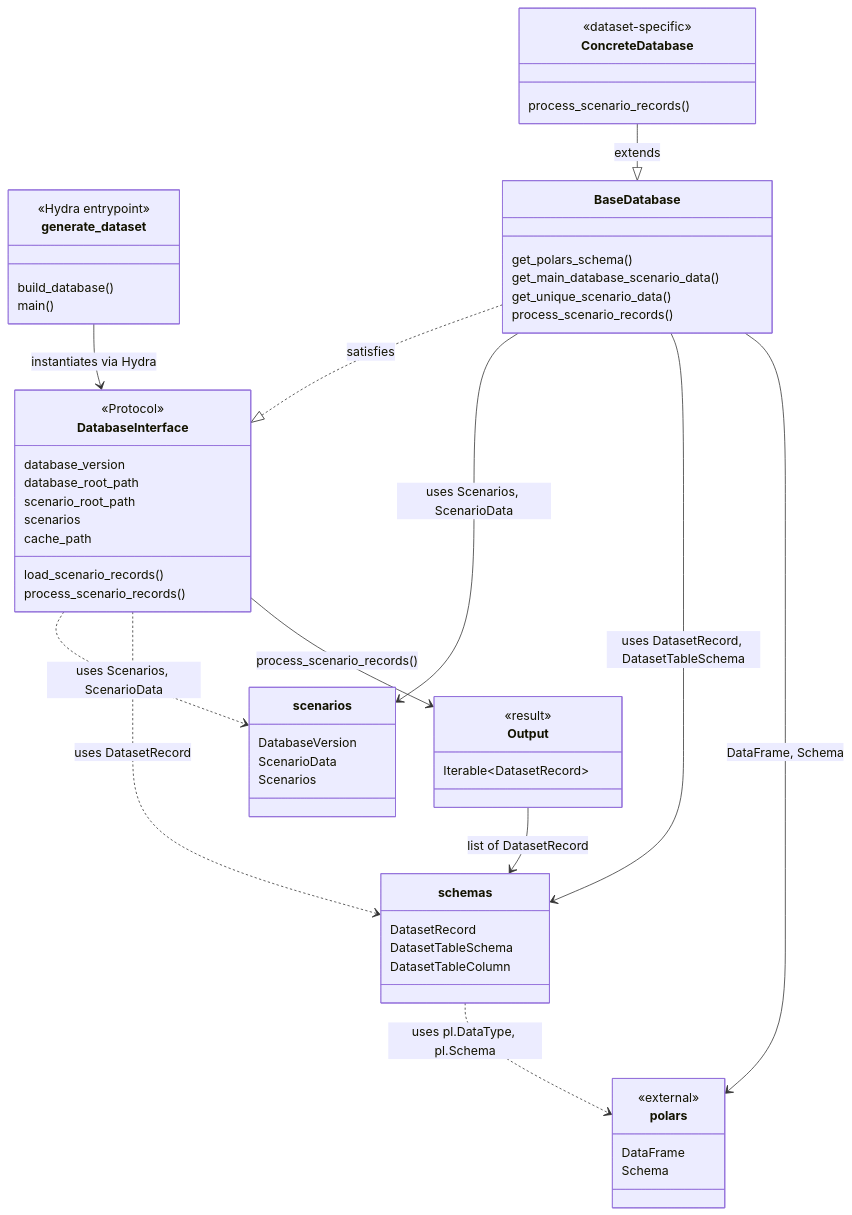
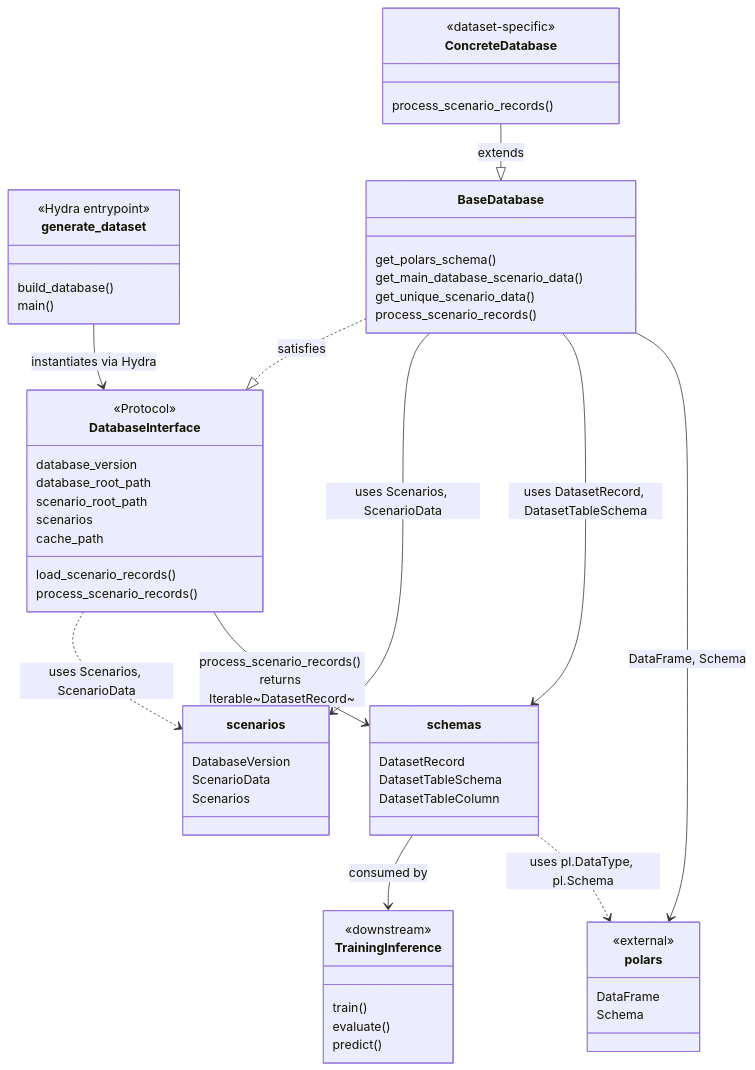
One commit to tier4/autoware-ml changed the diagram in autoware_ml/databases/README.md. Above: the diagram before and after it, drawn with Mermaid.

````diff
--- a/autoware_ml/databases/README.md
+++ b/autoware_ml/databases/README.md
@@ -19,73 +19,74 @@
 ```mermaid
 classDiagram
     direction TB
 
     class generate_dataset {
         <<Hydra entrypoint>>
         build_database()
         main()
     }
 
     class DatabaseInterface {
         <<Protocol>>
         database_version
         database_root_path
         scenario_root_path
         scenarios
         cache_path
         load_scenario_records()
         process_scenario_records()
     }
 
     class BaseDatabase {
         get_polars_schema()
         get_main_database_scenario_data()
         get_unique_scenario_data()
         process_scenario_records()
     }
 
     class scenarios {
         DatabaseVersion
         ScenarioData
         Scenarios
     }
 
     class schemas {
         DatasetRecord
         DatasetTableSchema
         DatasetTableColumn
     }
 
     class polars {
         <<external>>
         DataFrame
         Schema
     }
 
     class ConcreteDatabase {
         <<dataset-specific>>
         process_scenario_records()
     }
 
-    class Output {
-        <<result>>
-        Iterable~DatasetRecord~
+    class TrainingInference {
+        <<downstream>>
+        train()
+        evaluate()
+        predict()
     }
 
     generate_dataset --> DatabaseInterface : instantiates via Hydra
 
     DatabaseInterface ..> scenarios : uses Scenarios, ScenarioData
-    DatabaseInterface ..> schemas : uses DatasetRecord
-    DatabaseInterface --> Output : process_scenario_records()
+    DatabaseInterface --> schemas : process_scenario_records() returns Iterable~DatasetRecord~
 
     BaseDatabase ..|> DatabaseInterface : satisfies
     BaseDatabase --> scenarios : uses Scenarios, ScenarioData
     BaseDatabase --> schemas : uses DatasetRecord, DatasetTableSchema
     BaseDatabase --> polars : DataFrame, Schema
 
     ConcreteDatabase --|> BaseDatabase : extends
 
-    Output --> schemas : list of DatasetRecord
+    schemas --> TrainingInference : consumed by
 
     schemas ..> polars : uses pl.DataType, pl.Schema
 ```
````
